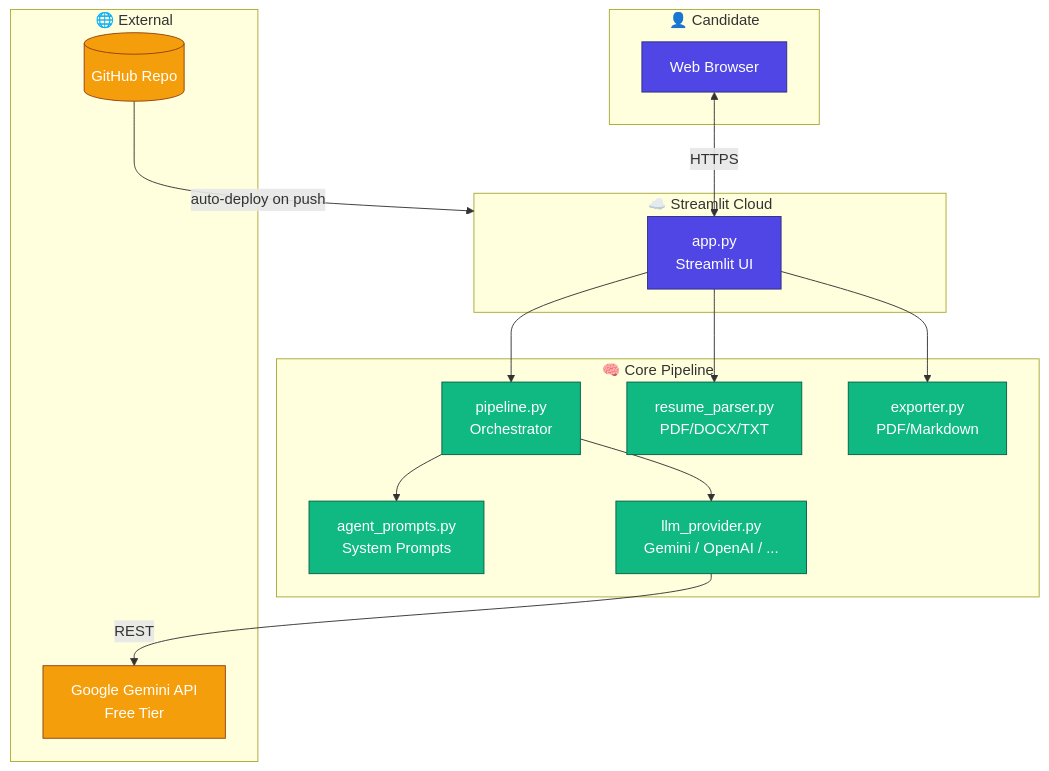
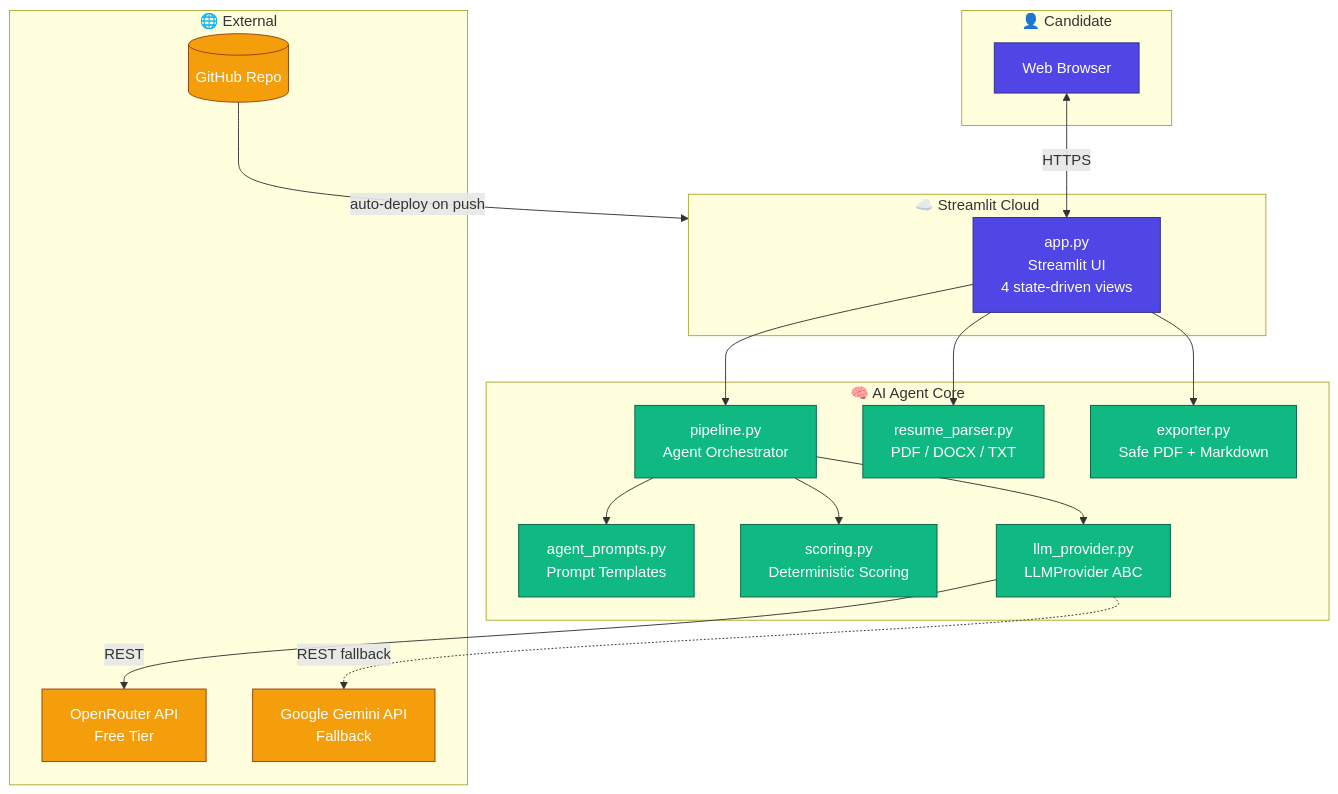
Before and after one commit to SVMEKALINKESH/skill-assessment-agent: the first of 2 diagrams in docs/architecture.md, drawn with Mermaid. The commit also changed other lines of this file, not shown here.

````diff
--- a/docs/architecture.md
+++ b/docs/architecture.md
@@ -5,39 +5,43 @@
 ```mermaid
 graph TD
     subgraph User[👤 Candidate]
         Browser[Web Browser]
     end
 
     subgraph Deploy[☁️ Streamlit Cloud]
-        App[app.py<br/>Streamlit UI]
+        App[app.py<br/>Streamlit UI<br/>4 state-driven views]
     end
 
-    subgraph Core[🧠 Core Pipeline]
-        Pipeline[pipeline.py<br/>Orchestrator]
-        Prompts[agent_prompts.py<br/>System Prompts]
-        Parser[resume_parser.py<br/>PDF/DOCX/TXT]
-        Exporter[exporter.py<br/>PDF/Markdown]
-        LLM[llm_provider.py<br/>Gemini / OpenAI / ...]
+    subgraph Core[🧠 AI Agent Core]
+        Pipeline[pipeline.py<br/>Agent Orchestrator]
+        Prompts[agent_prompts.py<br/>Prompt Templates]
+        Scoring[scoring.py<br/>Deterministic Scoring]
+        Parser[resume_parser.py<br/>PDF / DOCX / TXT]
+        Exporter[exporter.py<br/>Safe PDF + Markdown]
+        LLM[llm_provider.py<br/>LLMProvider ABC]
     end
 
     subgraph External[🌐 External]
-        Gemini[Google Gemini API<br/>Free Tier]
+        OpenRouter[OpenRouter API<br/>Free Tier]
+        Gemini[Google Gemini API<br/>Fallback]
         GitHub[(GitHub Repo)]
     end
 
     Browser <-->|HTTPS| App
     App --> Parser
     App --> Pipeline
     App --> Exporter
     Pipeline --> Prompts
+    Pipeline --> Scoring
     Pipeline --> LLM
-    LLM -->|REST| Gemini
+    LLM -->|REST| OpenRouter
+    LLM -.->|REST fallback| Gemini
     GitHub -->|auto-deploy on push| Deploy
 
     classDef ui fill:#4F46E5,stroke:#312E81,color:#fff
     classDef core fill:#10B981,stroke:#065F46,color:#fff
     classDef ext fill:#F59E0B,stroke:#92400E,color:#fff
     class Browser,App ui
-    class Pipeline,Prompts,Parser,Exporter,LLM core
-    class Gemini,GitHub ext
+    class Pipeline,Prompts,Scoring,Parser,Exporter,LLM core
+    class OpenRouter,Gemini,GitHub ext
 ```
````
